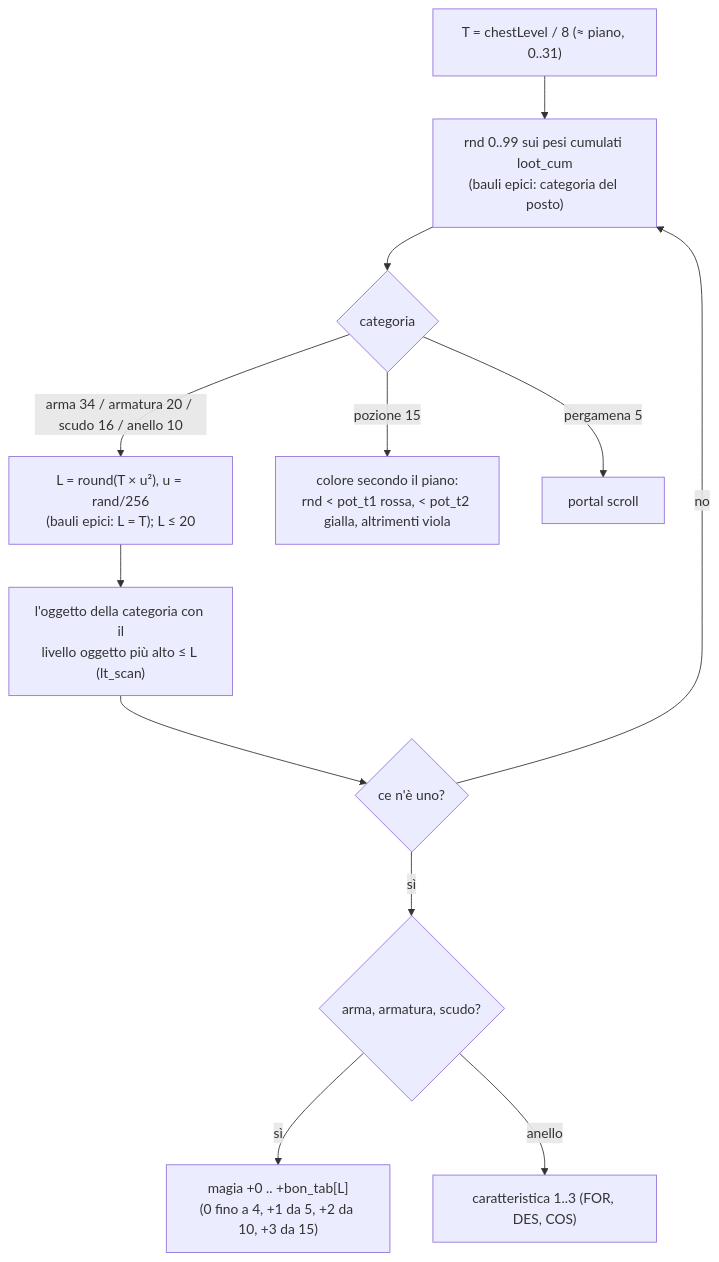
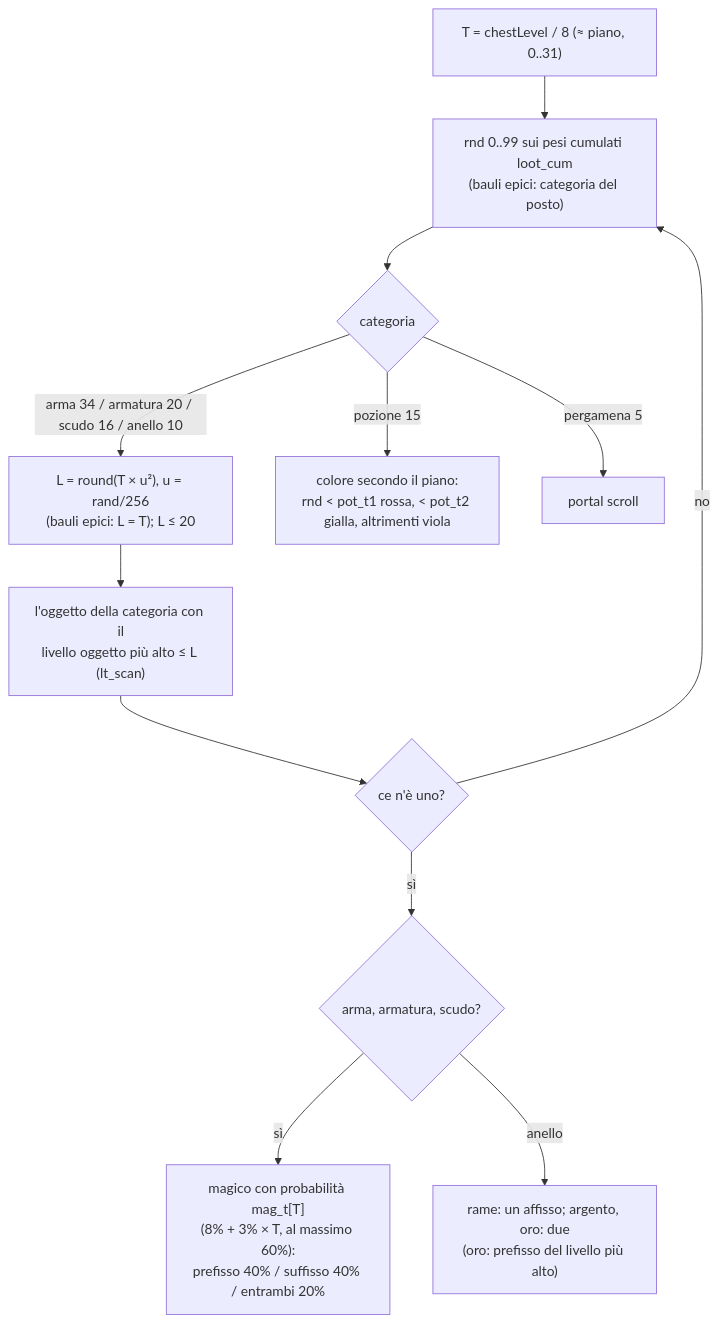
Before and after one commit to caporalesimone/barbarian-the-blood-path: the third of 3 diagrams in docs/wiki/bottino.md, drawn with Mermaid. The commit also changed other lines of this file and 26 other files, not shown here.

````diff
--- a/docs/wiki/bottino.md
+++ b/docs/wiki/bottino.md
@@ -99,14 +99,14 @@
 ```mermaid
 flowchart TD
     T["T = chestLevel / 8 (≈ piano, 0..31)"] --> S["rnd 0..99 sui pesi cumulati loot_cum<br/>(bauli epici: categoria del posto)"]
     S --> C{"categoria"}
     C -->|"arma 34 / armatura 20 / scudo 16 / anello 10"| L["L = round(T × u²), u = rand/256<br/>(bauli epici: L = T); L ≤ 20"]
     L --> W["l'oggetto della categoria con il<br/>livello oggetto più alto ≤ L (lt_scan)"]
     W --> E{"ce n'è uno?"}
     E -->|no| S
     E -->|sì| MB{"arma, armatura, scudo?"}
-    MB -->|sì| MG["magia +0 .. +bon_tab[L]<br/>(0 fino a 4, +1 da 5, +2 da 10, +3 da 15)"]
-    MB -->|anello| RS["caratteristica 1..3 (FOR, DES, COS)"]
+    MB -->|sì| MG["magico con probabilità mag_t[T]<br/>(8% + 3% × T, al massimo 60%):<br/>prefisso 40% / suffisso 40% / entrambi 20%"]
+    MB -->|anello| RS["rame: un affisso; argento, oro: due<br/>(oro: prefisso del livello più alto)"]
     C -->|"pozione 15"| P["colore secondo il piano:<br/>rnd < pot_t1 rossa, < pot_t2 gialla, altrimenti viola"]
     C -->|"pergamena 5"| SC["portal scroll"]
 ```
````
